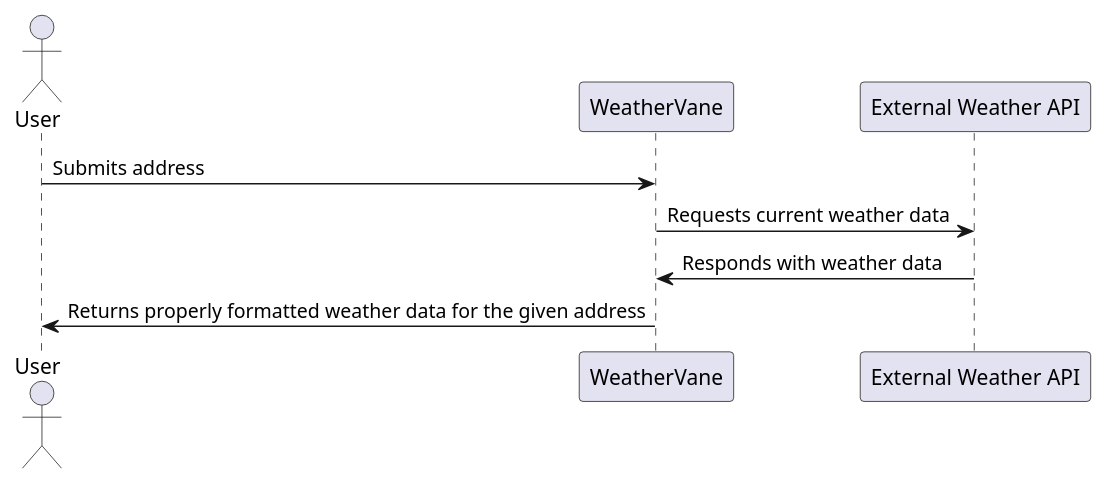
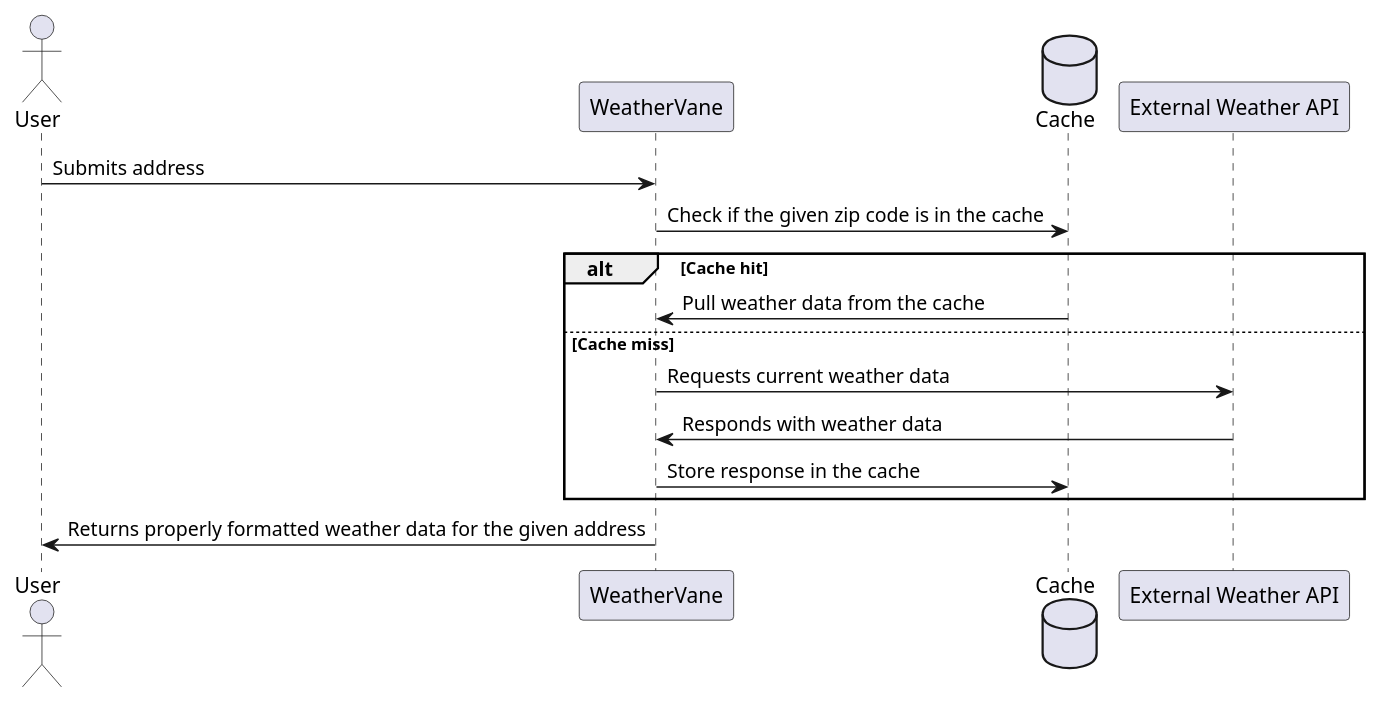
Before and after one commit to ashanan/WeatherVane: the diagram in architecture/architecture.plantuml, drawn with PlantUML. The commit also changed 1 other file, not shown here.

Commit message:
Add cache to sequence diagram

```diff
--- a/architecture/architecture.plantuml
+++ b/architecture/architecture.plantuml
@@ -1,12 +1,21 @@
 @startuml
 
-actor User as u
-participant WeatherVane as wv
+actor User
+participant WeatherVane
+database Cache
 participant "External Weather API" as api
 
-u -> wv: Submits address
-wv -> api: Requests current weather data
-api -> wv: Responds with weather data
-wv -> u: Returns properly formatted weather data for the given address
+User -> WeatherVane: Submits address
+WeatherVane -> Cache: Check if the given zip code is in the cache
+
+alt Cache hit
+	Cache -> WeatherVane: Pull weather data from the cache
+else Cache miss
+	WeatherVane -> api: Requests current weather data
+	api -> WeatherVane: Responds with weather data
+	WeatherVane -> Cache: Store response in the cache
+end
+
+WeatherVane -> User: Returns properly formatted weather data for the given address
 
 @enduml
```
